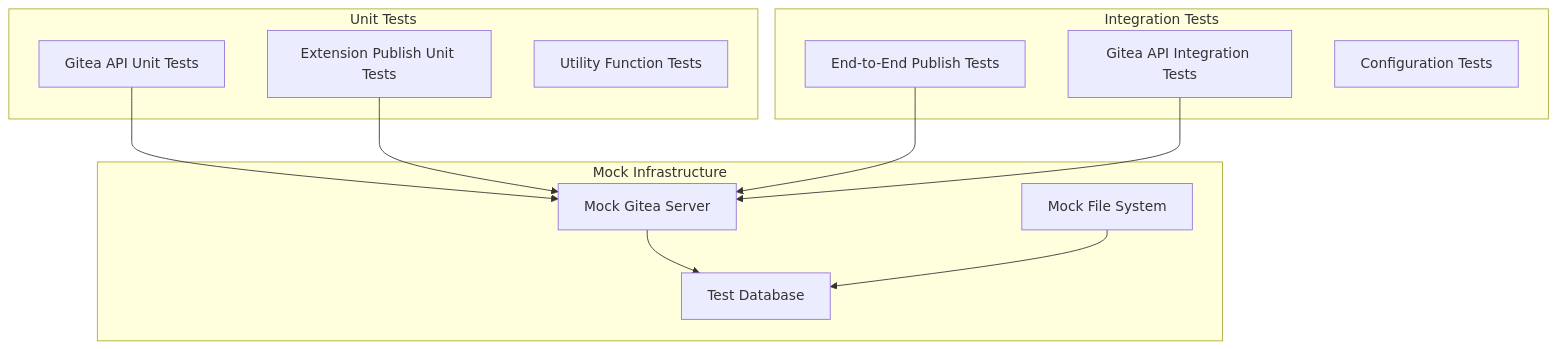
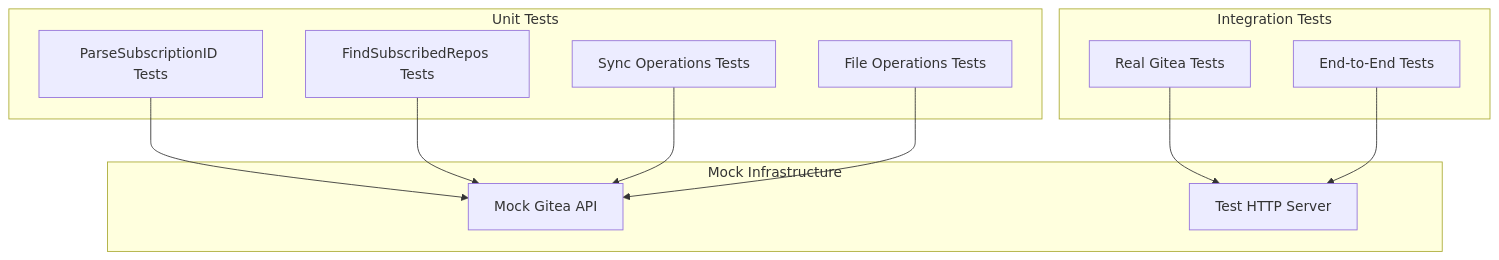
One commit to Kargones/apk-ci changed the eighth of 9 diagrams in .qoder/repowiki/en/content/Advanced Integrations/Extension Publishing System.md. Above: the diagram before and after it, drawn with Mermaid. The commit also changed other lines of this file and 2036 other files, not shown here.

````diff
--- a/.qoder/repowiki/en/content/Advanced Integrations/Extension Publishing System.md
+++ b/.qoder/repowiki/en/content/Advanced Integrations/Extension Publishing System.md
@@ -462,24 +368,23 @@
 ```mermaid
 graph TB
 subgraph "Unit Tests"
-UT_API[Gitea API Unit Tests]
-UT_Publish[Extension Publish Unit Tests]
-UT_Utils[Utility Function Tests]
+ParseTests[ParseSubscriptionID Tests]
+FindTests[FindSubscribedRepos Tests]
+SyncTests[Sync Operations Tests]
+FileTests[File Operations Tests]
 end
 subgraph "Integration Tests"
-IT_API[Gitea API Integration Tests]
-IT_Publish[End-to-End Publish Tests]
-IT_Config[Configuration Tests]
+RealGitea[Real Gitea Tests]
+EndToEnd[End-to-End Tests]
 end
 subgraph "Mock Infrastructure"
-MockGitea[Mock Gitea Server]
-MockFS[Mock File System]
-TestDB[Test Database]
+MockAPI[Mock Gitea API]
+TestServer[Test HTTP Server]
 end
-UT_API --> MockGitea
-UT_Publish --> MockGitea
-IT_Publish --> MockGitea
-IT_API --> MockGitea
-MockGitea --> TestDB
-MockFS --> TestDB
+ParseTests --> MockAPI
+FindTests --> MockAPI
+SyncTests --> MockAPI
+FileTests --> MockAPI
+RealGitea --> TestServer
+EndToEnd --> TestServer
 ```
````
